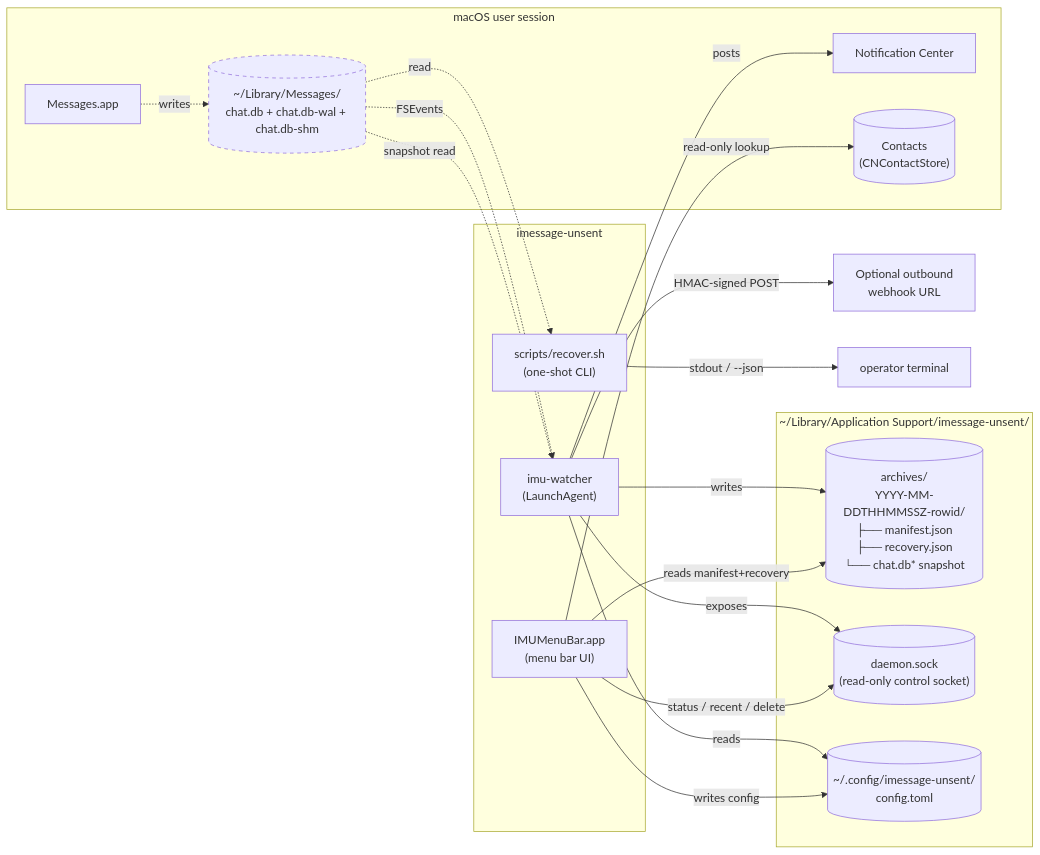
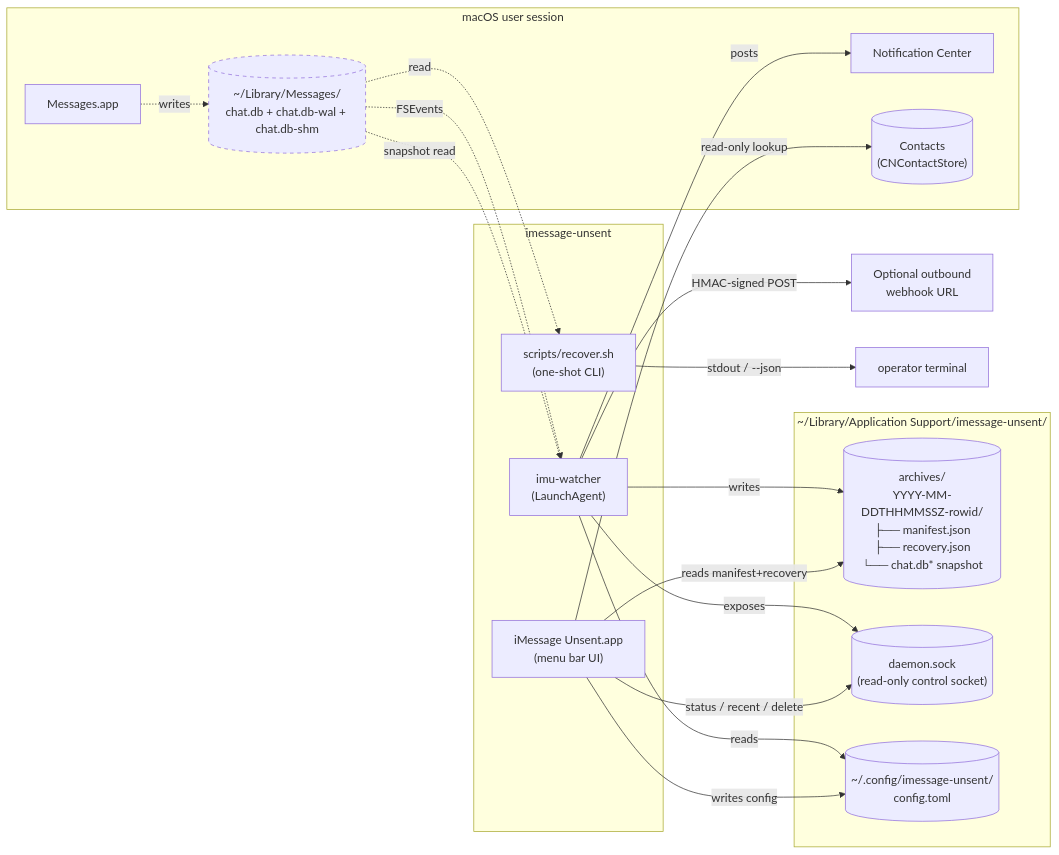
Before and after one commit to tyhallcsu/imessage-unsent: the first of 3 diagrams in docs/architecture.md, drawn with Mermaid. The commit also changed 10 other files, not shown here.

First line of the commit message:
feat(gui+release): rename IMUMenuBar.app → "iMessage Unsent.app" — closes #93 (#100)

````diff
--- a/docs/architecture.md
+++ b/docs/architecture.md
@@ -11,44 +11,44 @@
 ```mermaid
 flowchart LR
     subgraph macOS["macOS user session"]
         Messages["Messages.app"]
         ChatDB[("~/Library/Messages/<br/>chat.db + chat.db-wal + chat.db-shm")]
         Notify["Notification Center"]
         Contacts[("Contacts<br/>(CNContactStore)")]
     end
 
     subgraph Project["imessage-unsent"]
         CLI["scripts/recover.sh<br/>(one-shot CLI)"]
         Daemon["imu-watcher<br/>(LaunchAgent)"]
-        GUI["IMUMenuBar.app<br/>(menu bar UI)"]
+        GUI["iMessage Unsent.app<br/>(menu bar UI)"]
     end
 
     subgraph Storage["~/Library/Application Support/imessage-unsent/"]
         Archives[("archives/<br/>YYYY-MM-DDTHHMMSSZ-rowid/<br/>├── manifest.json<br/>├── recovery.json<br/>└── chat.db* snapshot")]
         Sock[("daemon.sock<br/>(read-only control socket)")]
         Cfg[("~/.config/imessage-unsent/<br/>config.toml")]
     end
 
     Webhook["Optional outbound<br/>webhook URL"]
 
     Messages -.writes.-> ChatDB
     ChatDB -.read.-> CLI
     ChatDB -.FSEvents.-> Daemon
     ChatDB -.snapshot read.-> Daemon
 
     CLI -->|stdout / --json| User1["operator terminal"]
 
     Daemon -->|writes| Archives
     Daemon -->|exposes| Sock
     Daemon -->|posts| Notify
     Daemon -->|HMAC-signed POST| Webhook
     Daemon -->|reads| Cfg
 
     GUI -->|status / recent / delete| Sock
     GUI -->|reads manifest+recovery| Archives
     GUI -->|writes config| Cfg
     GUI -->|read-only lookup| Contacts
 
     classDef readonly stroke-dasharray: 5 5;
     class ChatDB readonly
 ```
````
